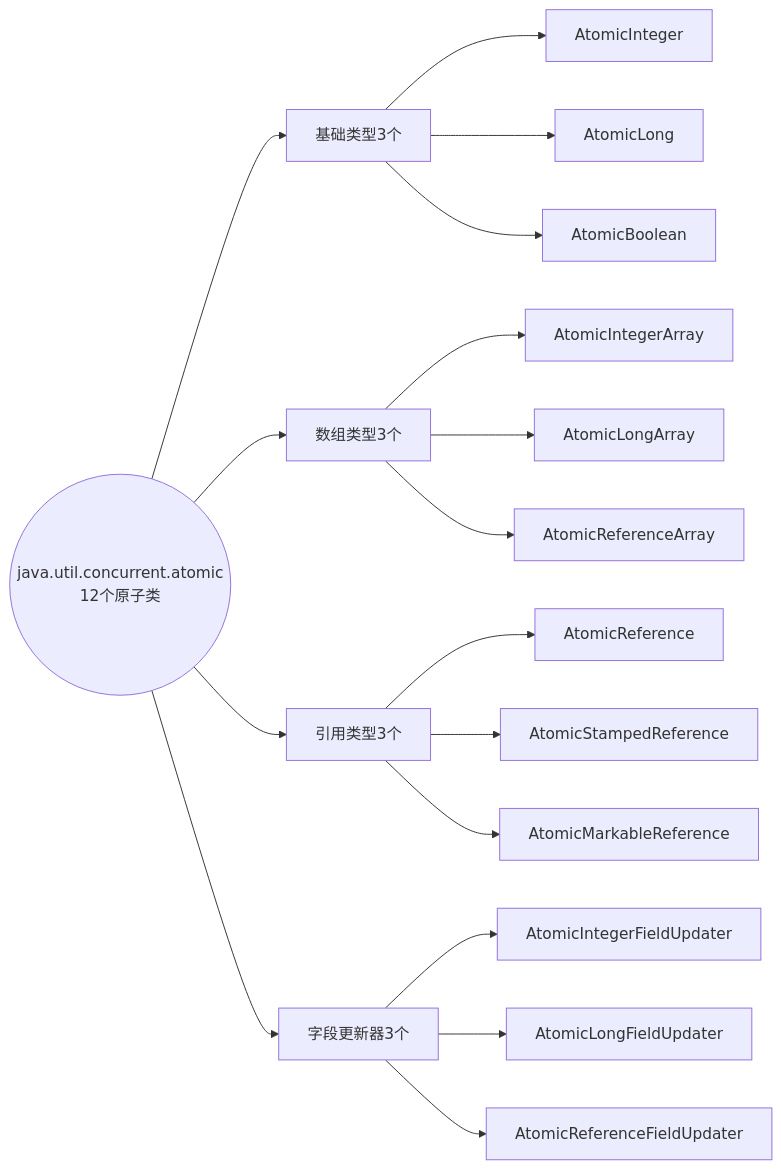
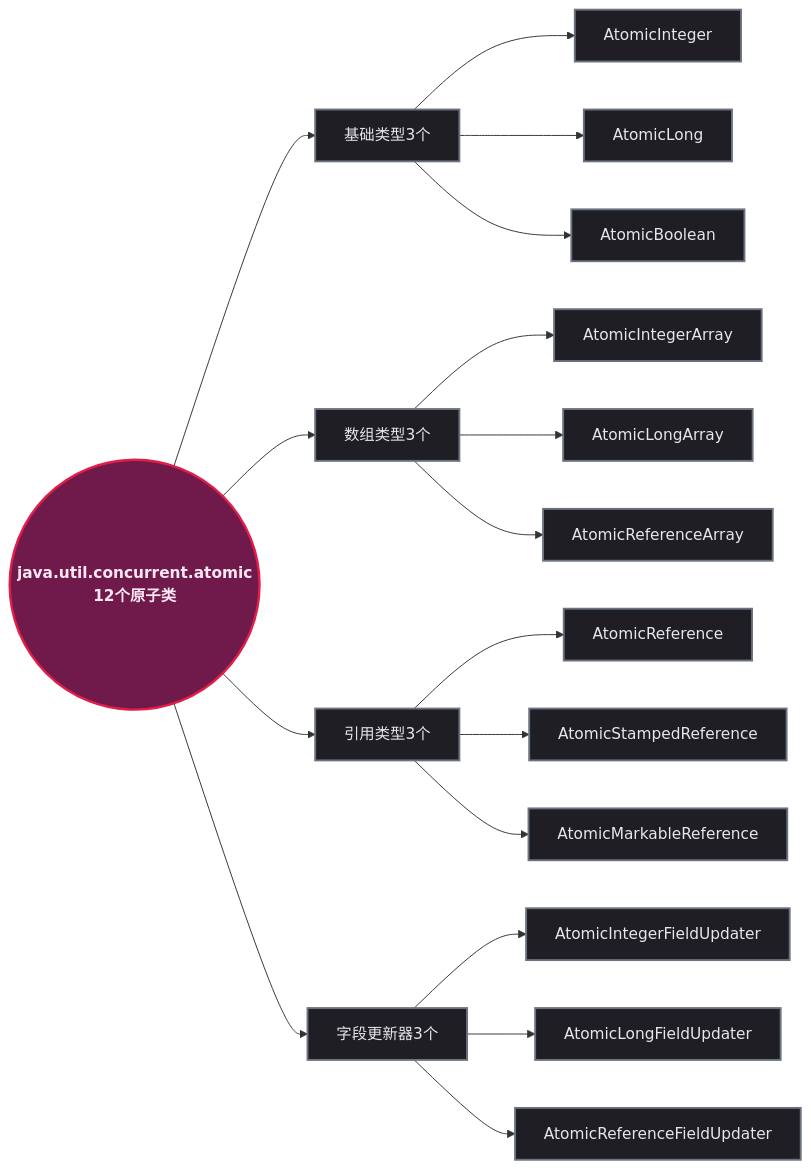
The fifth of 6 diagrams in content/posts/concurrency/CAS.md (yaocat55/yaocat55.github.io), drawn with Mermaid before and after one commit. The commit also changed other lines of this file and 155 other files, not shown here.

````diff
--- a/content/posts/concurrency/CAS.md
+++ b/content/posts/concurrency/CAS.md
@@ -243,24 +261,30 @@
 ```mermaid
 flowchart LR
-    root((java.util.concurrent.atomic<br/>12个原子类))
+%% 半暗底色 + 高亮描边：完美适配博客深色/浅色双主题 %%
+classDef process fill:#1e1e24,stroke:#6b7280,stroke-width:2px,color:#e5e7eb;
+classDef startEnd fill:#701a4c,stroke:#e11d48,stroke-width:2.5px,color:#fce7f3,font-weight:bold;
+    root((java.util.concurrent.atomic\n12个原子类))
 
     root --> BASIC[基础类型3个]
     BASIC --> AI[AtomicInteger]
     BASIC --> AL[AtomicLong]
     BASIC --> AB[AtomicBoolean]
 
     root --> ARRAY[数组类型3个]
     ARRAY --> AIA[AtomicIntegerArray]
     ARRAY --> ALA[AtomicLongArray]
     ARRAY --> ARA[AtomicReferenceArray]
 
     root --> REF[引用类型3个]
     REF --> AR[AtomicReference]
     REF --> ASR[AtomicStampedReference]
     REF --> AMR[AtomicMarkableReference]
 
     root --> UPDATER[字段更新器3个]
     UPDATER --> AIFU[AtomicIntegerFieldUpdater]
     UPDATER --> ALFU[AtomicLongFieldUpdater]
     UPDATER --> ARFU[AtomicReferenceFieldUpdater]
+
+class AB,AI,AIA,AIFU,AL,ALA,ALFU,AMR,AR,ARA,ARFU,ARRAY,ASR,BASIC,REF,UPDATER process;
+class root startEnd;
 ```
````
